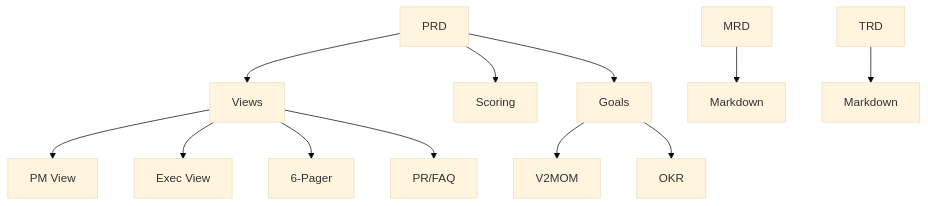
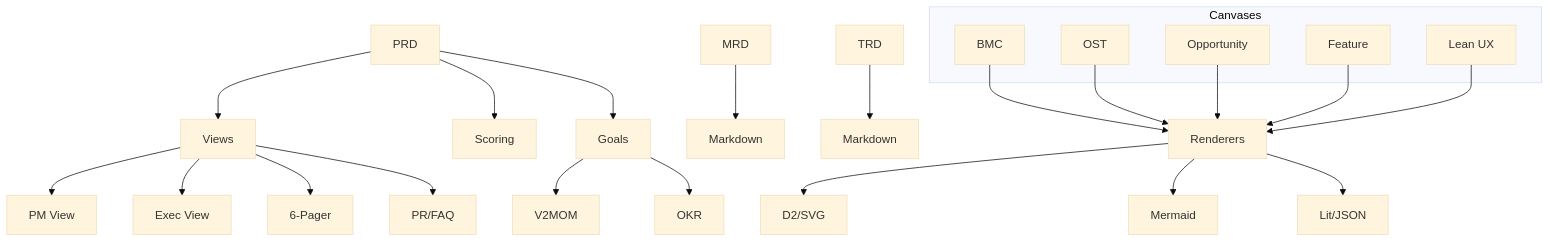
One commit to grokify/prism-roadmap changed the first of 2 diagrams in docs/index.md. Above: the diagram before and after it, drawn with Mermaid (base theme). The commit also changed other lines of this file and 3 other files, not shown here.

````diff
--- a/docs/index.md
+++ b/docs/index.md
@@ -25,17 +37,35 @@
 ```mermaid
 graph TD
     A[PRD] --> B[Views]
     A --> C[Scoring]
     A --> D[Goals]
 
     B --> B1[PM View]
     B --> B2[Exec View]
     B --> B3[6-Pager]
     B --> B4[PR/FAQ]
 
     D --> D1[V2MOM]
     D --> D2[OKR]
 
     E[MRD] --> F[Markdown]
     G[TRD] --> H[Markdown]
+
+    subgraph Canvases
+        CV1[BMC]
+        CV2[OST]
+        CV3[Opportunity]
+        CV4[Feature]
+        CV5[Lean UX]
+    end
+
+    CV1 --> R[Renderers]
+    CV2 --> R
+    CV3 --> R
+    CV4 --> R
+    CV5 --> R
+
+    R --> R1[D2/SVG]
+    R --> R2[Mermaid]
+    R --> R3[Lit/JSON]
 ```
````
